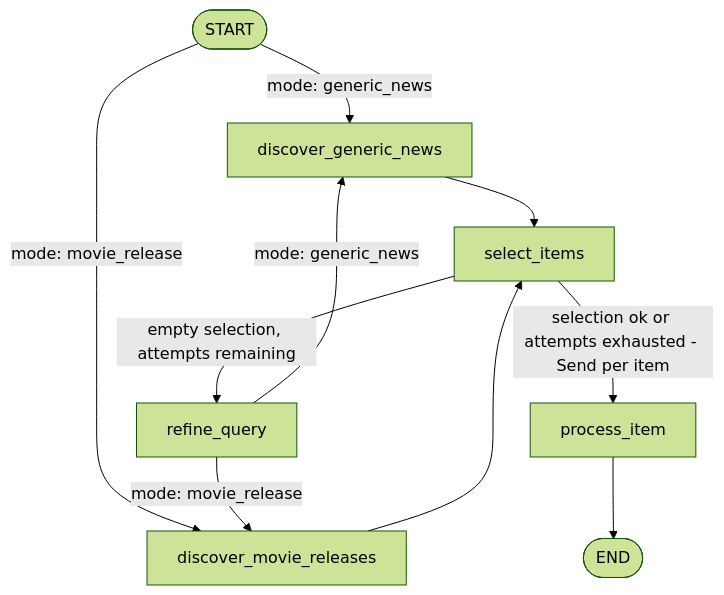
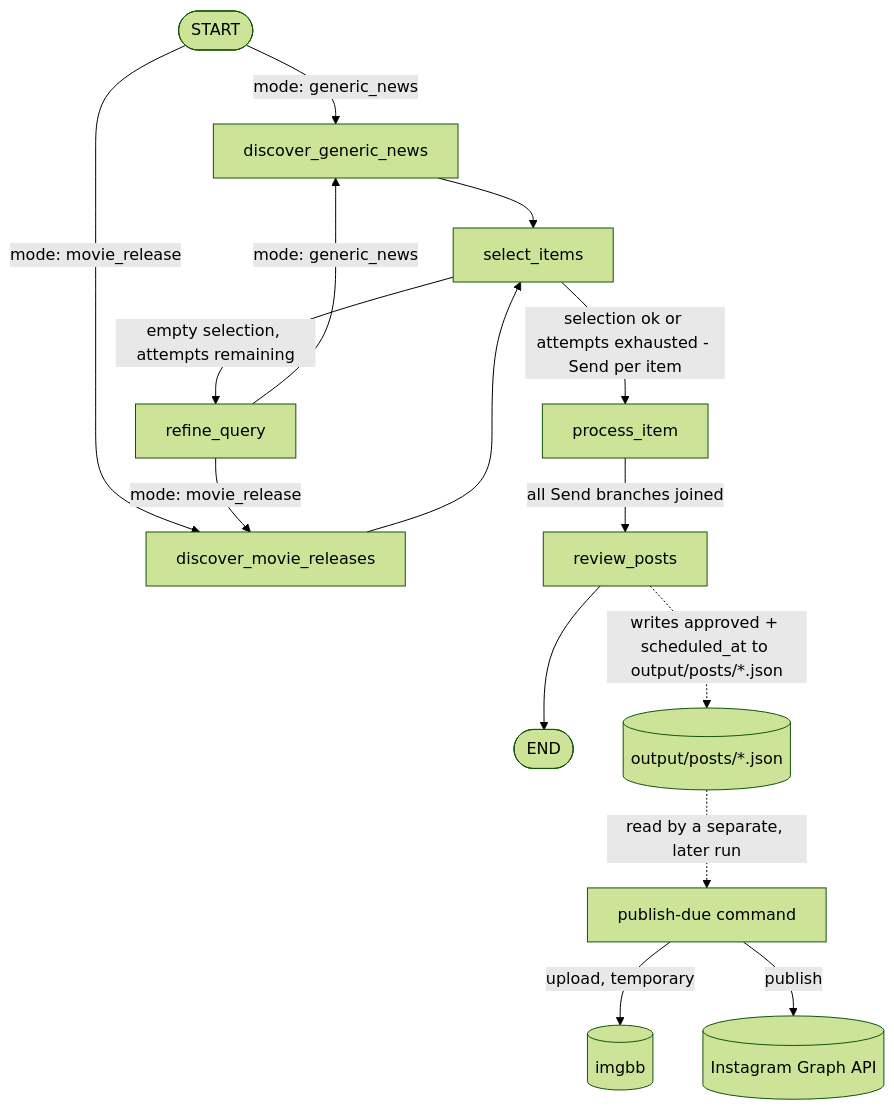
The diagram in README.md (frrmrc/cinema_social_media_manager_agent), drawn with Mermaid (forest theme) before and after one commit. The commit also changed other lines of this file and 19 other files, not shown here.

Commit message:
Add Instagram auto-publishing: imgbb upload + Graph API + review/scheduling step

````diff
--- a/README.md
+++ b/README.md
@@ -12,12 +16,18 @@
 ```mermaid
 flowchart TD
     S([START]) -->|mode: generic_news| DGN[discover_generic_news]
     S -->|mode: movie_release| DMR[discover_movie_releases]
     DGN --> SEL[select_items]
     DMR --> SEL
     SEL -->|empty selection, attempts remaining| REF[refine_query]
     SEL -->|selection ok or attempts exhausted - Send per item| PI[process_item]
     REF -->|mode: generic_news| DGN
     REF -->|mode: movie_release| DMR
-    PI --> E([END])
+    PI -->|all Send branches joined| RP[review_posts]
+    RP --> E([END])
+
+    RP -.->|writes approved + scheduled_at to output/posts/*.json| DISK[(output/posts/*.json)]
+    DISK -.->|read by a separate, later run| PUB[publish-due command]
+    PUB -->|upload, temporary| IMGBB[(imgbb)]
+    PUB -->|publish| IG[(Instagram Graph API)]
 ```
````
